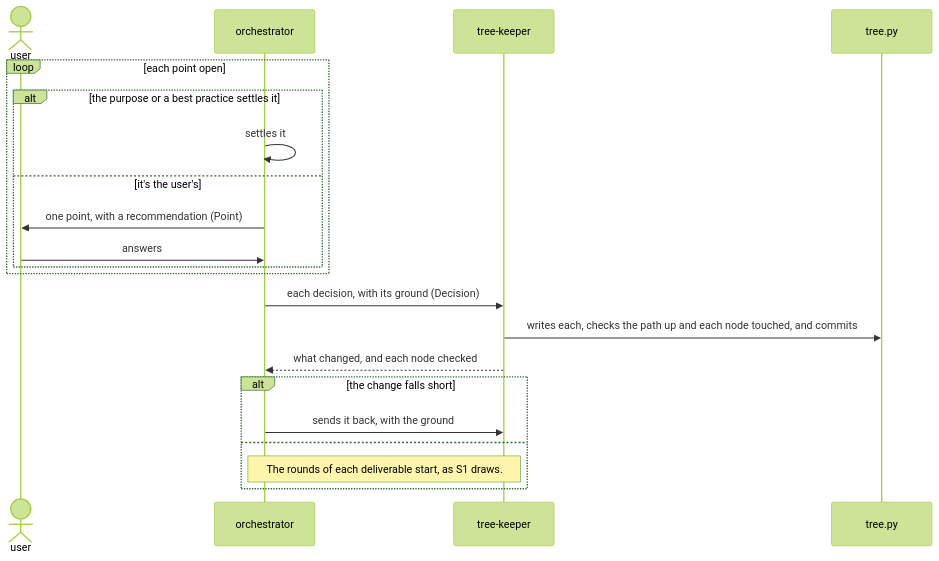
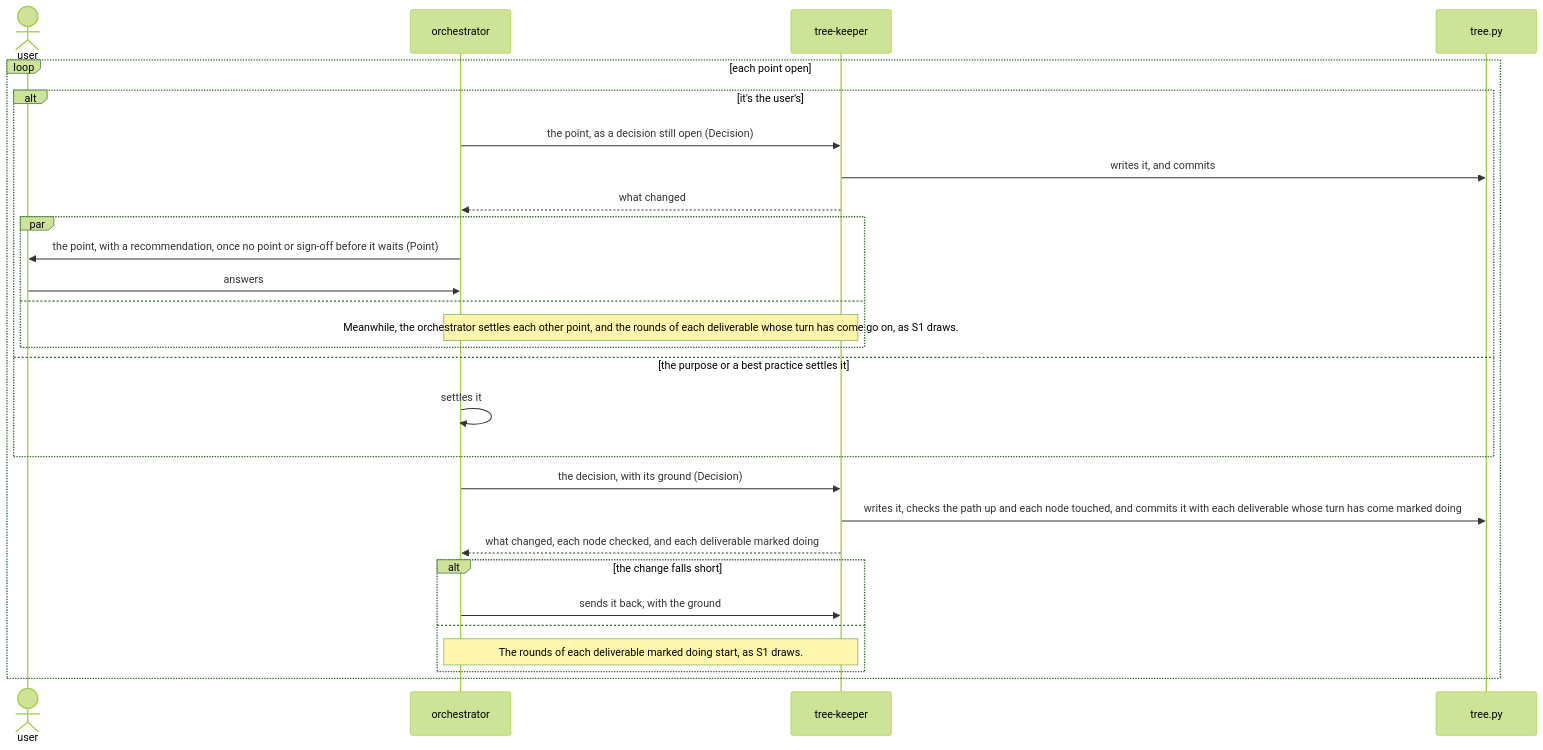
One commit to lovaizu/ccpm changed the second of 6 diagrams in dev/rn/architecture.md. Above: the diagram before and after it, drawn with Mermaid (forest theme). The commit also changed other lines of this file and 1 other file, not shown here.

First line of the commit message:
rn goes on with the work that rests on no open point while a point or a sign-off waits, and tree.py alone finds the work that waits

````diff
--- a/dev/rn/architecture.md
+++ b/dev/rn/architecture.md
@@ -239,23 +251,30 @@
 ```mermaid
 sequenceDiagram
   actor U as user
   participant O as orchestrator
   participant K as tree-keeper
   participant T as tree.py
   loop each point open
-    alt the purpose or a best practice settles it
+    alt it's the user's
+      O->>K: the point, as a decision still open (Decision)
+      K->>T: writes it, and commits
+      K-->>O: what changed
+      par
+        O->>U: the point, with a recommendation, once no point or sign-off before it waits (Point)
+        U->>O: answers
+      and
+        Note over O,K: Meanwhile, the orchestrator settles each other point, and the rounds of each deliverable whose turn has come go on, as S1 draws.
+      end
+    else the purpose or a best practice settles it
       O->>O: settles it
-    else it's the user's
-      O->>U: one point, with a recommendation (Point)
-      U->>O: answers
+    end
+    O->>K: the decision, with its ground (Decision)
+    K->>T: writes it, checks the path up and each node touched, and commits it with each deliverable whose turn has come marked doing
+    K-->>O: what changed, each node checked, and each deliverable marked doing
+    alt the change falls short
+      O->>K: sends it back, with the ground
+    else
+      Note over O,K: The rounds of each deliverable marked doing start, as S1 draws.
     end
   end
-  O->>K: each decision, with its ground (Decision)
-  K->>T: writes each, checks the path up and each node touched, and commits
-  K-->>O: what changed, and each node checked
-  alt the change falls short
-    O->>K: sends it back, with the ground
-  else
-    Note over O,K: The rounds of each deliverable start, as S1 draws.
-  end
 ```
````
